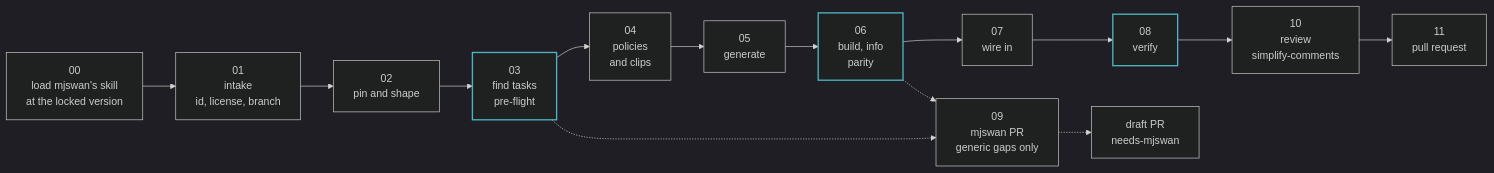
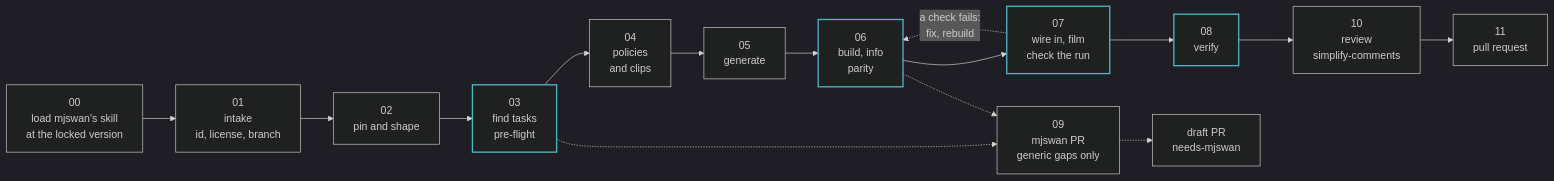
One commit to CloudEngineHub/mjswan_playground changed the diagram in .claude/skills/msp/skills/add-new-task/README.md. Above: the diagram before and after it, drawn with Mermaid. The commit also changed other lines of this file and 6 other files, not shown here.

````diff
--- a/.claude/skills/msp/skills/add-new-task/README.md
+++ b/.claude/skills/msp/skills/add-new-task/README.md
@@ -27,14 +27,15 @@
 ```mermaid
 ---
 config:
   theme: dark
 ---
 flowchart LR
   S0["00<br>load mjswan's skill<br>at the locked version"] --> S1["01<br>intake<br>id, license, branch"] --> S2["02<br>pin and shape"] --> S3["03<br>find tasks<br>pre-flight"] --> S4["04<br>policies<br>and clips"]
-  S4 --> S5["05<br>generate"] --> S6["06<br>build, info<br>parity"] --> S7["07<br>wire in"] --> S8["08<br>verify"] --> S10["10<br>review<br>simplify-comments"] --> S11["11<br>pull request"]
+  S4 --> S5["05<br>generate"] --> S6["06<br>build, info<br>parity"] --> S7["07<br>wire in, film<br>check the run"] --> S8["08<br>verify"] --> S10["10<br>review<br>simplify-comments"] --> S11["11<br>pull request"]
+  S7 -.->|a check fails:<br>fix, rebuild| S6
   S3 -.-> S9["09<br>mjswan PR<br>generic gaps only"]
   S6 -.-> S9
   S9 -.-> D["draft PR<br>needs-mjswan"]
   classDef hot stroke:#4db6c4,stroke-width:2px
-  class S3,S6,S8 hot
+  class S3,S6,S7,S8 hot
 ```
````
